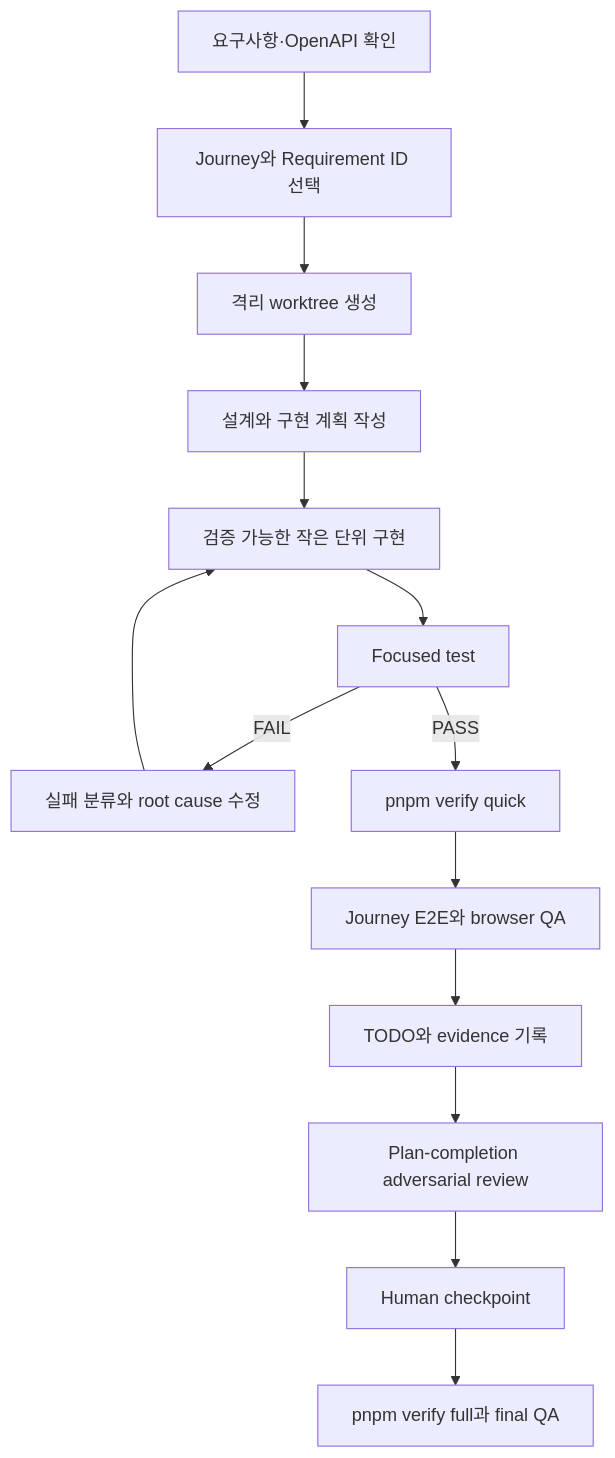
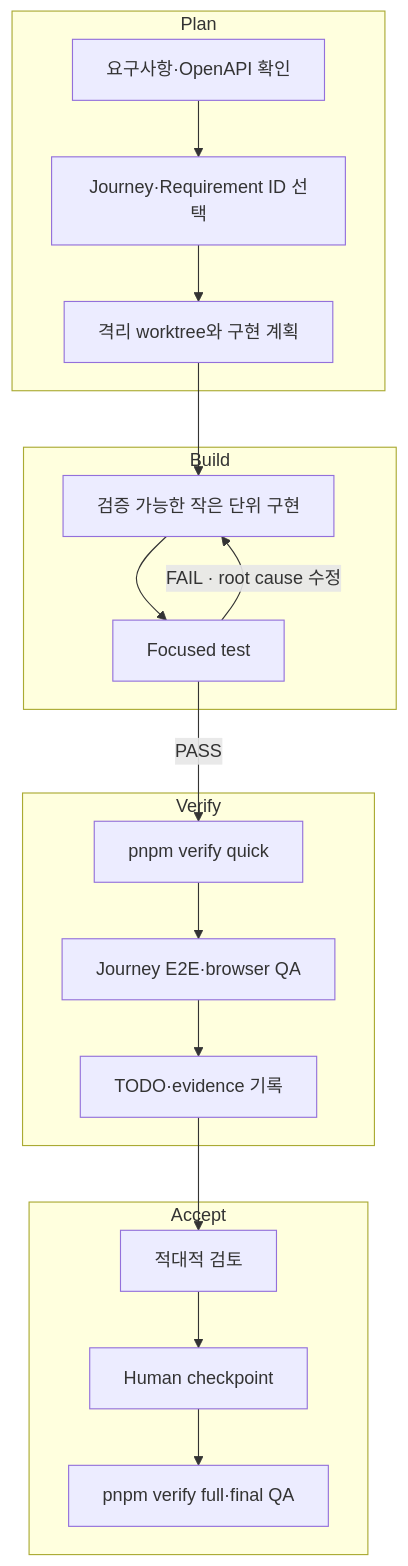
One commit to synuns/task-flow changed the second of 2 diagrams in README.md. Above: the diagram before and after it, drawn with Mermaid. The commit also changed other lines of this file and 5 other files, not shown here.

````diff
--- a/README.md
+++ b/README.md
@@ -149,16 +189,26 @@
 ```mermaid
 flowchart TD
-    A[요구사항·OpenAPI 확인] --> B[Journey와 Requirement ID 선택]
-    B --> C[격리 worktree 생성]
-    C --> D[설계와 구현 계획 작성]
-    D --> E[검증 가능한 작은 단위 구현]
-    E --> F[Focused test]
-    F -->|FAIL| G[실패 분류와 root cause 수정]
-    G --> E
-    F -->|PASS| H[pnpm verify quick]
-    H --> I[Journey E2E와 browser QA]
-    I --> J[TODO와 evidence 기록]
-    J --> K[Plan-completion adversarial review]
-    K --> L[Human checkpoint]
-    L --> M[pnpm verify full과 final QA]
+    subgraph PLAN[Plan]
+        A[요구사항·OpenAPI 확인] --> B[Journey·Requirement ID 선택]
+        B --> C[격리 worktree와 구현 계획]
+    end
+
+    subgraph BUILD[Build]
+        D[검증 가능한 작은 단위 구현] --> E[Focused test]
+    end
+
+    subgraph VERIFY[Verify]
+        F[pnpm verify quick] --> G[Journey E2E·browser QA]
+        G --> H[TODO·evidence 기록]
+    end
+
+    subgraph ACCEPT[Accept]
+        I[적대적 검토] --> J[Human checkpoint]
+        J --> K[pnpm verify full·final QA]
+    end
+
+    C --> D
+    E -->|PASS| F
+    E -->|FAIL · root cause 수정| D
+    H --> I
 ```
````
